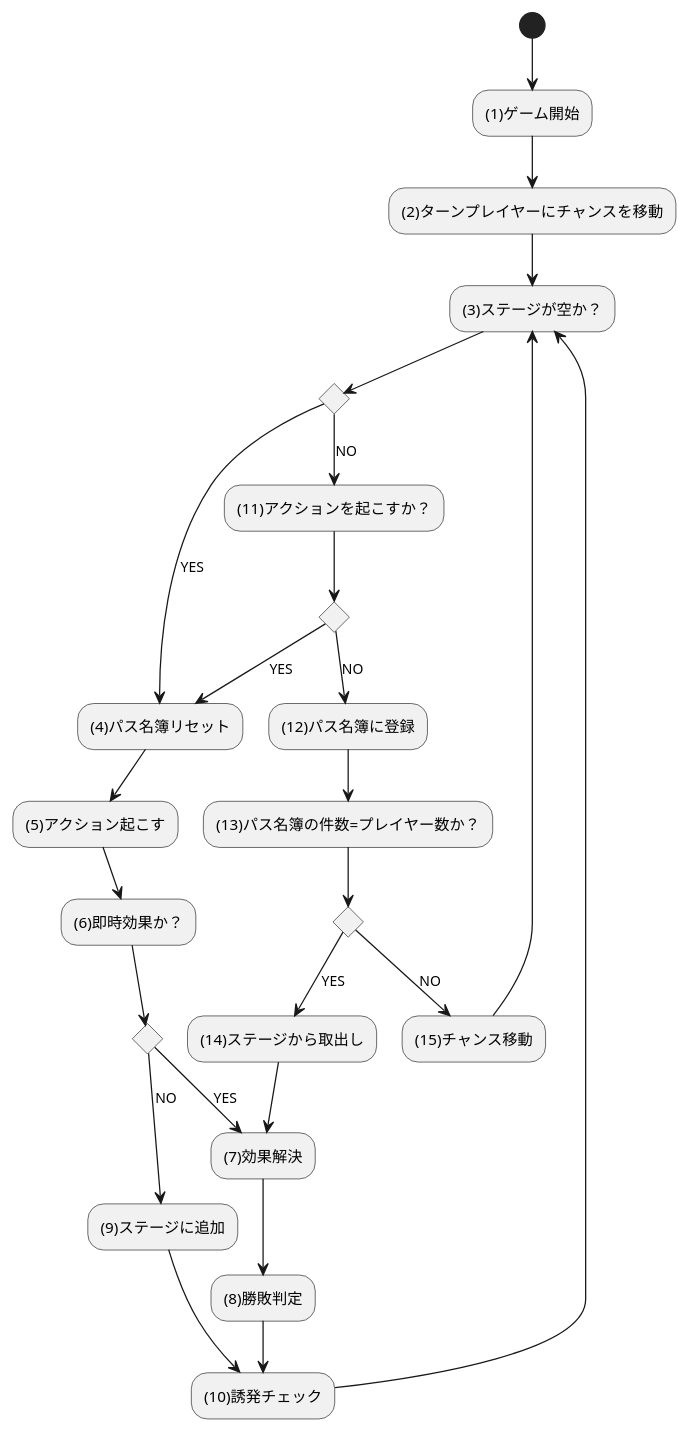
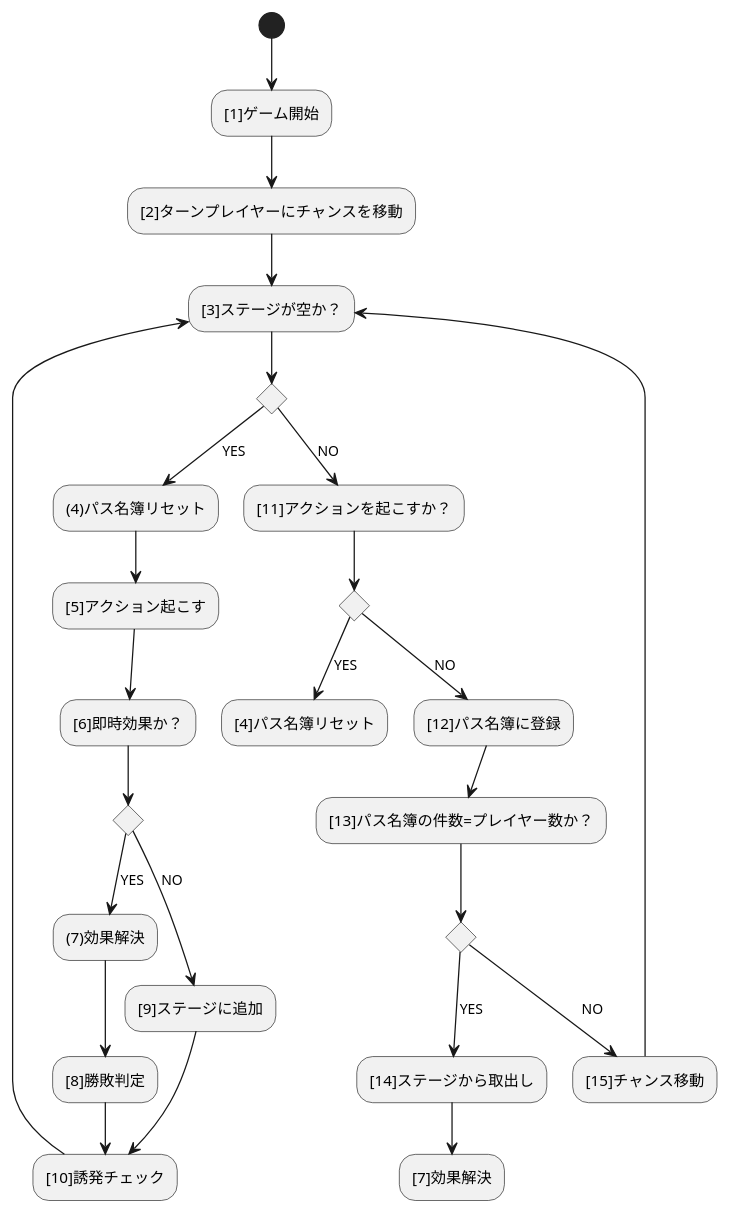
One commit to BlackPoker/BlackPoker changed the diagram in source/core/coreflow.puml. Above: the diagram before and after it, drawn with PlantUML.

Commit message:
Update coreflow.puml
小括弧を大括弧に修正しました。

```diff
--- a/source/core/coreflow.puml
+++ b/source/core/coreflow.puml
@@ -1,35 +1,35 @@
 @startuml
-(*) --> "(1)ゲーム開始"
---> "(2)ターンプレイヤーにチャンスを移動"
--->"(3)ステージが空か？"
+(*) --> "[1]ゲーム開始"
+--> "[2]ターンプレイヤーにチャンスを移動"
+-->"[3]ステージが空か？"
 
 if "" then
     -->[YES] "(4)パス名簿リセット"
-    --> "(5)アクション起こす"
-    --> "(6)即時効果か？"
+    --> "[5]アクション起こす"
+    --> "[6]即時効果か？"
     if "" then
         -->[YES] "(7)効果解決"
-        --> "(8)勝敗判定"
-        --> "(10)誘発チェック"
+        --> "[8]勝敗判定"
+        --> "[10]誘発チェック"
     else
-        -->[NO] "(9)ステージに追加"
-        --> "(10)誘発チェック"
+        -->[NO] "[9]ステージに追加"
+        --> "[10]誘発チェック"
     endif
-    --> "(3)ステージが空か？"
+    --> "[3]ステージが空か？"
 else
-    -->[NO] "(11)アクションを起こすか？"
+    -->[NO] "[11]アクションを起こすか？"
     if "" then
-        -->[YES] "(4)パス名簿リセット"
+        -->[YES] "[4]パス名簿リセット"
     else
-        --> [NO] "(12)パス名簿に登録"
-        --> "(13)パス名簿の件数=プレイヤー数か？"
+        --> [NO] "[12]パス名簿に登録"
+        --> "[13]パス名簿の件数=プレイヤー数か？"
         if "" then
-            -->[YES] ”(14)ステージから取出し”
-            --> "(7)効果解決"
+            -->[YES] ”[14]ステージから取出し”
+            --> "[7]効果解決"
         else
-            --> [NO] "(15)チャンス移動"
-            --> "(3)ステージが空か？"
+            --> [NO] "[15]チャンス移動"
+            --> "[3]ステージが空か？"
         endif
     endif
 endif
 @enduml
```
